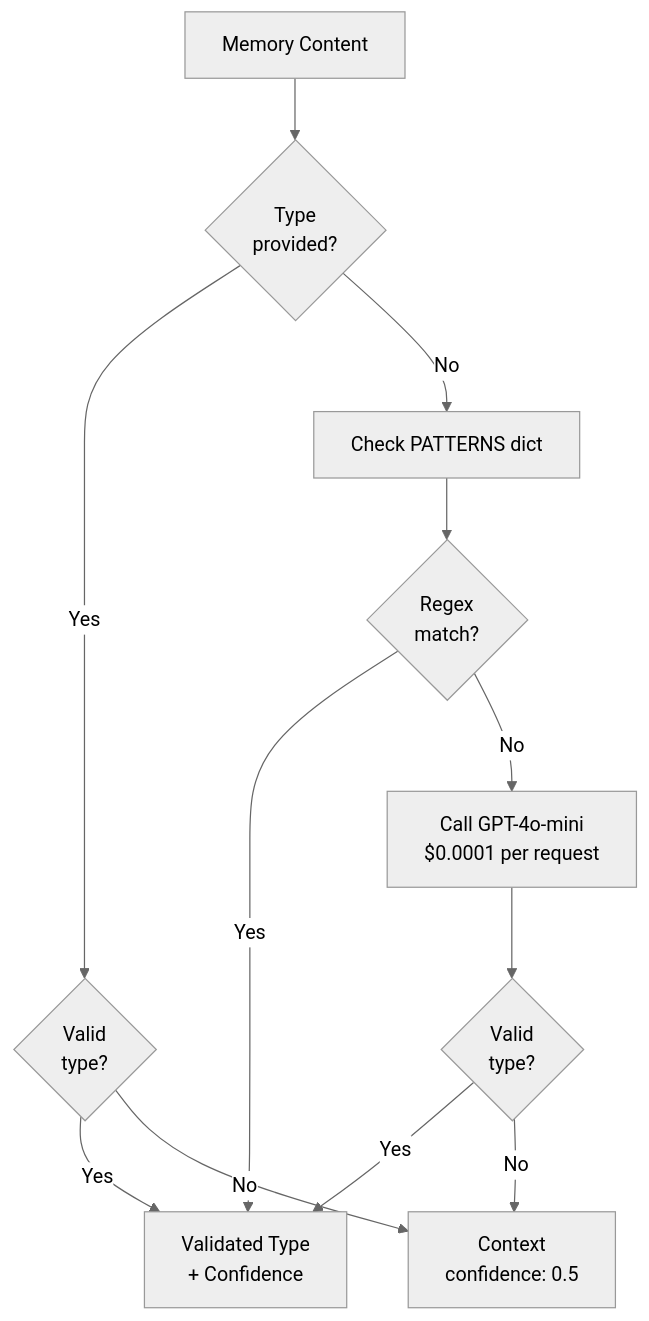
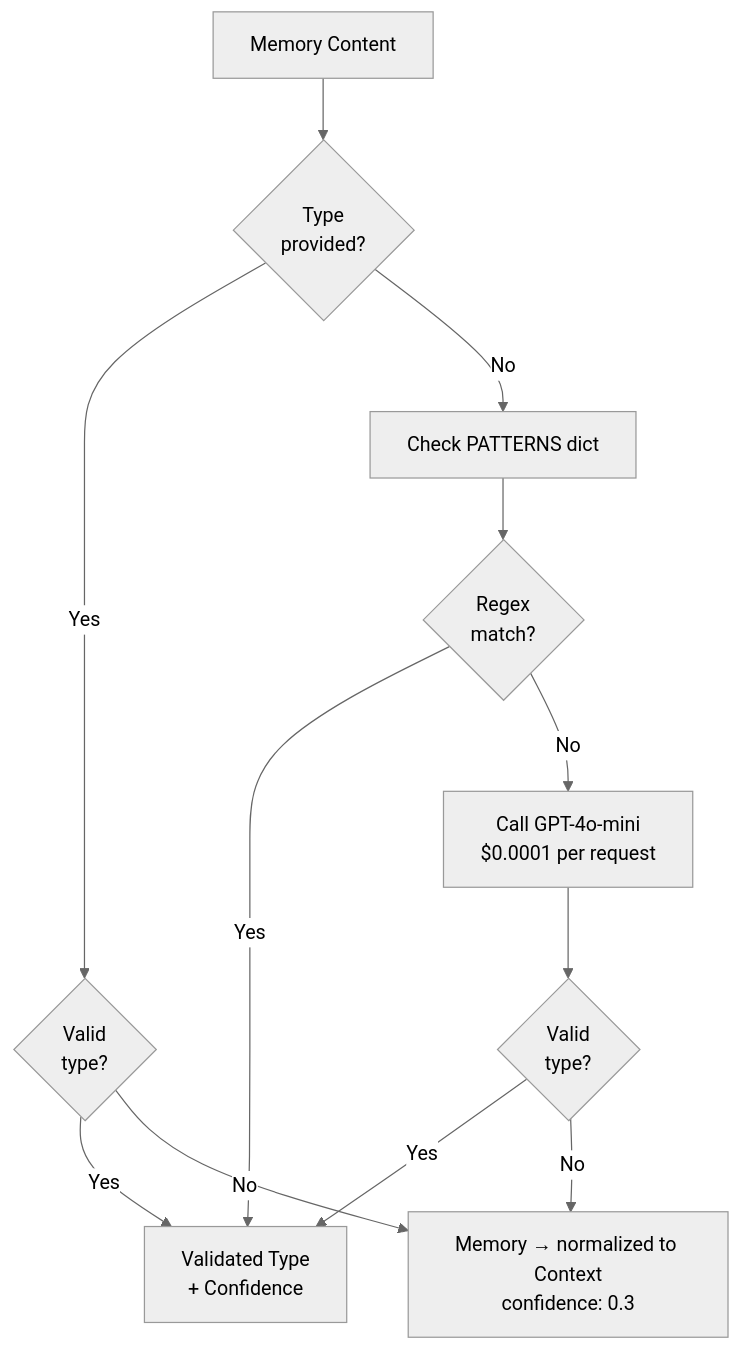
The third of 6 diagrams in src/content/docs/docs/core-concepts/memory-model.md (verygoodplugins/automem-website), drawn with Mermaid (neutral theme) before and after one commit. The commit also changed other lines of this file and 48 other files, not shown here.

````diff
--- a/src/content/docs/docs/core-concepts/memory-model.md
+++ b/src/content/docs/docs/core-concepts/memory-model.md
@@ -139,32 +139,32 @@
 ```mermaid
 graph TB
     Start["Memory Content"]
 
     Explicit{"Type<br/>provided?"}
     Validate{"Valid<br/>type?"}
 
     Regex["Check PATTERNS dict"]
     Match{"Regex<br/>match?"}
 
     LLM["Call GPT-4o-mini<br/>$0.0001 per request"]
     LLMValid{"Valid<br/>type?"}
 
     Decision["Validated Type<br/>+ Confidence"]
-    Fallback["Context<br/>confidence: 0.5"]
+    Fallback["Memory → normalized to Context<br/>confidence: 0.3"]
 
     Start --> Explicit
 
     Explicit -->|Yes| Validate
     Explicit -->|No| Regex
 
     Validate -->|Yes| Decision
     Validate -->|No| Fallback
 
     Regex --> Match
     Match -->|Yes| Decision
     Match -->|No| LLM
 
     LLM --> LLMValid
     LLMValid -->|Yes| Decision
     LLMValid -->|No| Fallback
 ```
````
